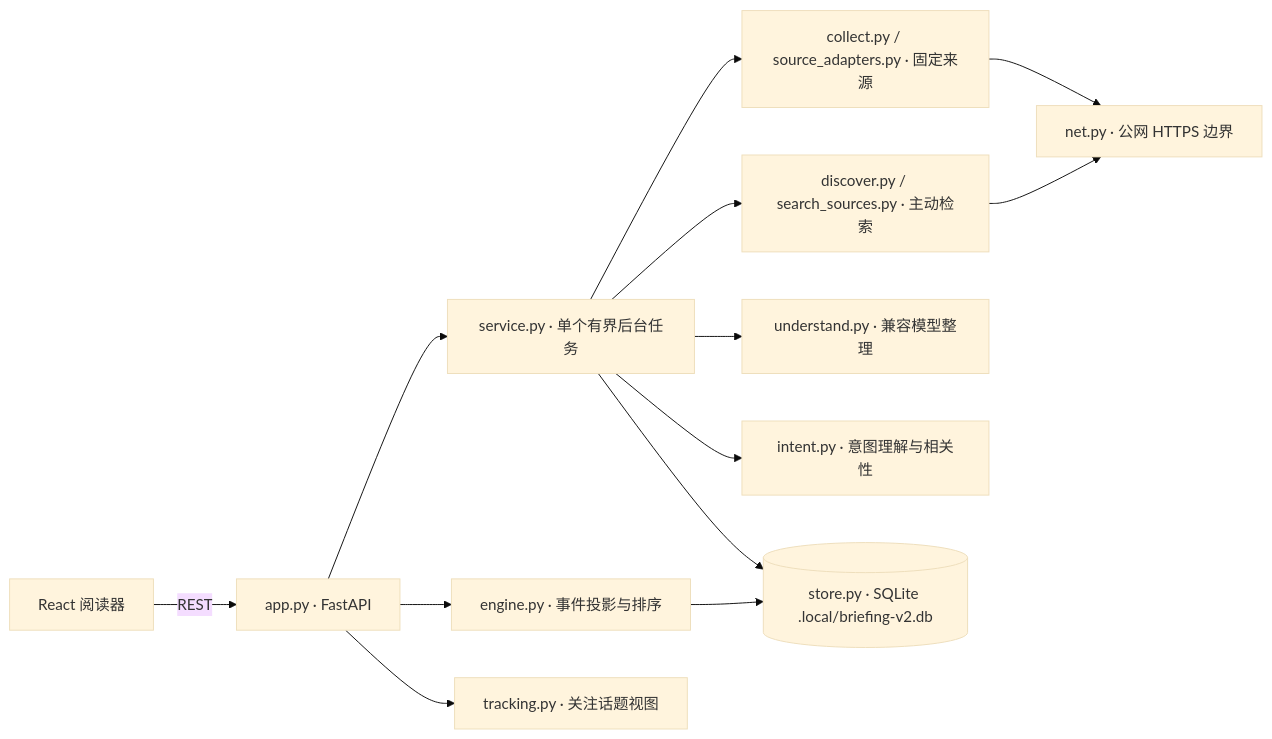
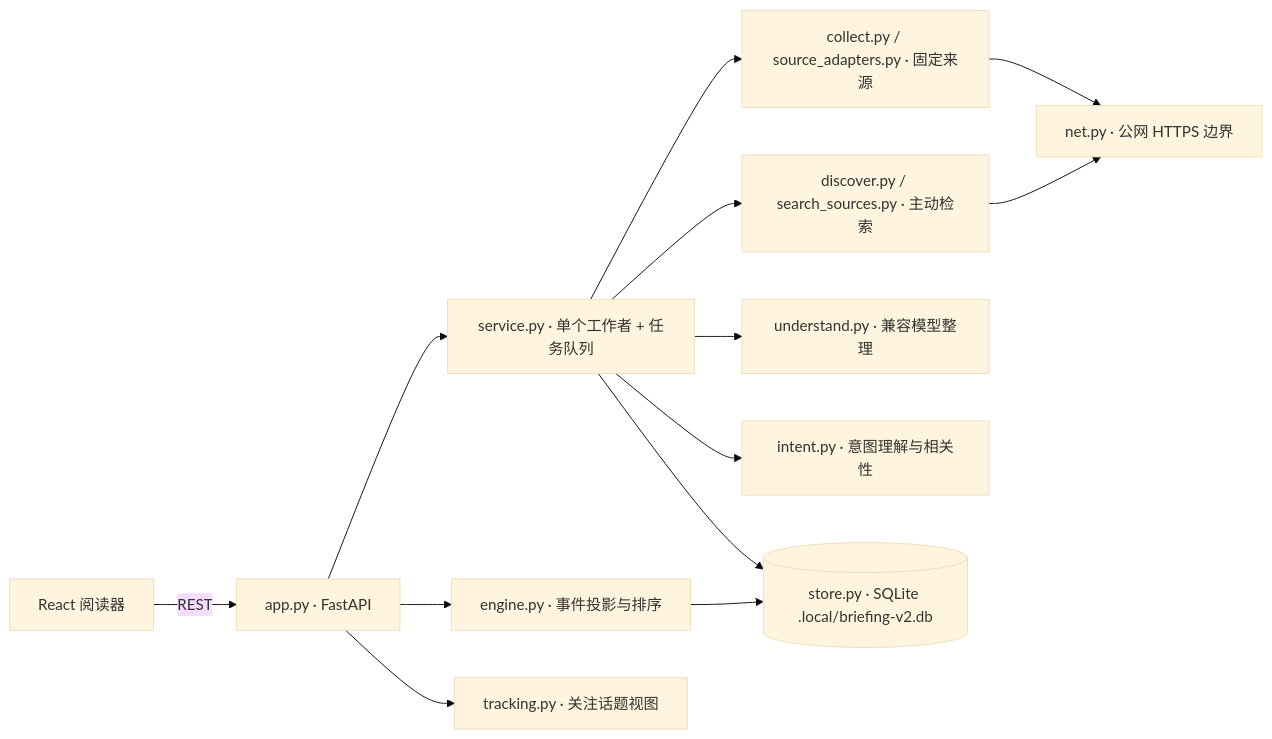
The diagram in docs/ARCHITECTURE.md (NorthingPalinode/northing-signal), drawn with Mermaid (base theme) before and after one commit. The commit also changed other lines of this file and 21 other files, not shown here.

````diff
--- a/docs/ARCHITECTURE.md
+++ b/docs/ARCHITECTURE.md
@@ -5,15 +5,15 @@
 ```mermaid
 flowchart LR
     U[React 阅读器] -->|REST| A[app.py · FastAPI]
-    A --> S[service.py · 单个有界后台任务]
+    A --> S[service.py · 单个工作者 + 任务队列]
     S --> C[collect.py / source_adapters.py · 固定来源]
     S --> D[discover.py / search_sources.py · 主动检索]
     C --> N[net.py · 公网 HTTPS 边界]
     D --> N
     S --> M[understand.py · 兼容模型整理]
     S --> I[intent.py · 意图理解与相关性]
     S --> DB[(store.py · SQLite .local/briefing-v2.db)]
     A --> E[engine.py · 事件投影与排序]
     E --> DB
     A --> T[tracking.py · 关注话题视图]
 ```
````
